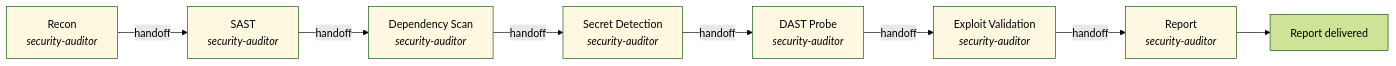
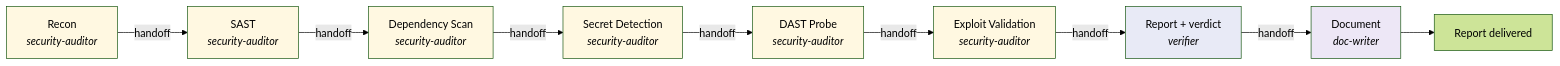
The seventh of 13 diagrams in docs/orchestration.md (wildbitca/ai-resources), drawn with Mermaid (forest theme) before and after one commit. The commit also changed other lines of this file and 27 other files, not shown here.

````diff
--- a/docs/orchestration.md
+++ b/docs/orchestration.md
@@ -165,18 +208,20 @@
 ```mermaid
 graph LR
     RC[Recon<br/><i>security-auditor</i>] -->|handoff| SA[SAST<br/><i>security-auditor</i>]
     SA -->|handoff| DS[Dependency Scan<br/><i>security-auditor</i>]
     DS -->|handoff| SD[Secret Detection<br/><i>security-auditor</i>]
     SD -->|handoff| DP[DAST Probe<br/><i>security-auditor</i>]
     DP -->|handoff| EV[Exploit Validation<br/><i>security-auditor</i>]
-    EV -->|handoff| RP[Report<br/><i>security-auditor</i>]
-    RP --> DONE[Report delivered]
+    EV -->|handoff| RP[Report + verdict<br/><i>verifier</i>]
+    RP -->|handoff| DOC[Document<br/><i>doc-writer</i>]
+    DOC --> DONE[Report delivered]
 
     style RC fill:#fff8e1
     style SA fill:#fff8e1
     style DS fill:#fff8e1
     style SD fill:#fff8e1
     style DP fill:#fff8e1
     style EV fill:#fff8e1
-    style RP fill:#fff8e1
+    style RP fill:#e8eaf6
+    style DOC fill:#ede7f6
 ```
````
